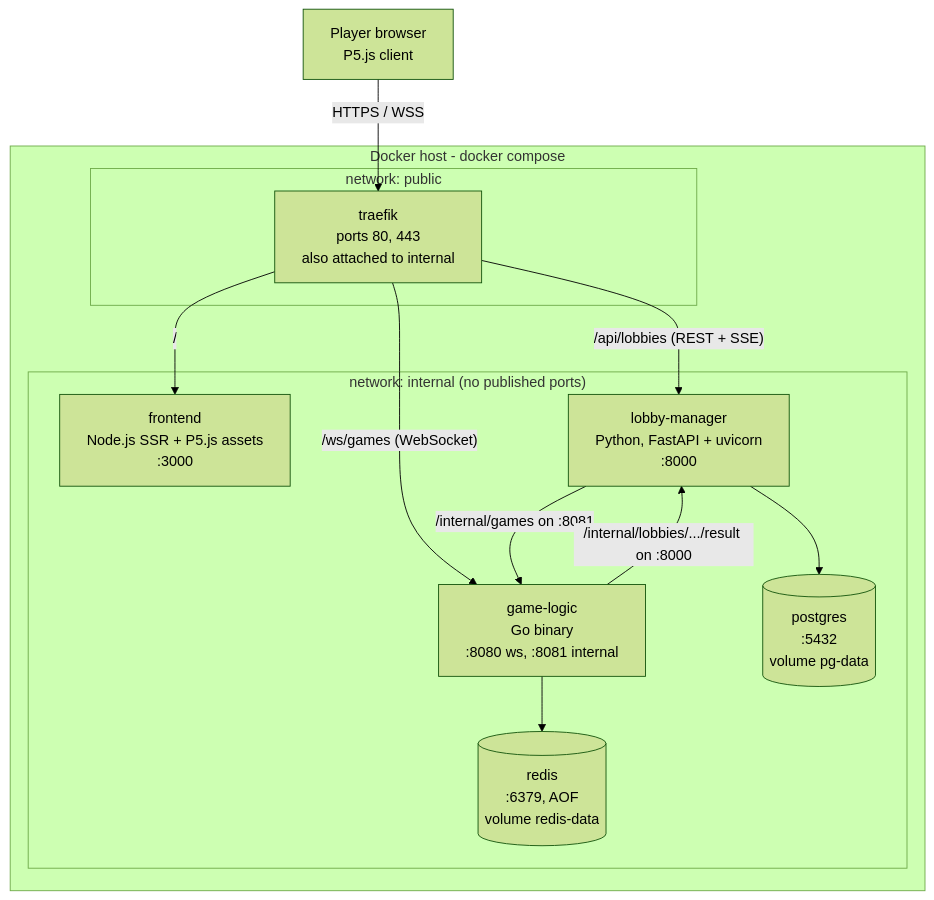
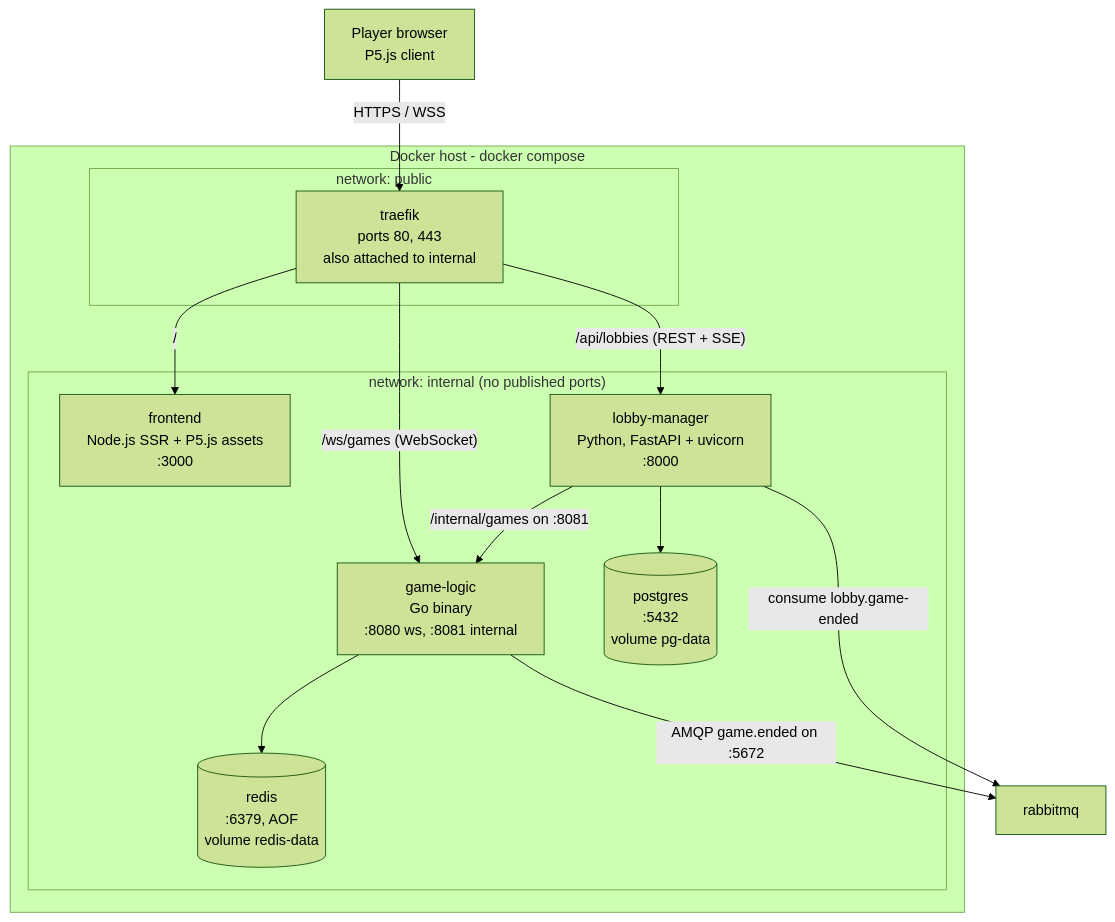
Before and after one commit to soetgdeznsgk/ArchSoft-Group1F: the seventh of 7 diagrams in docs/game-logic-design.md, drawn with Mermaid (forest theme). The commit also changed other lines of this file and 33 other files, not shown here.

First line of the commit message:
Publish game results on RabbitMQ to remove the Lobby <-> Game Logic cycle

````diff
--- a/docs/game-logic-design.md
+++ b/docs/game-logic-design.md
@@ -911,26 +916,27 @@
 ```mermaid
 flowchart TB
     U["Player browser<br/>P5.js client"]
 
     subgraph HOST["Docker host - docker compose"]
         subgraph PUB["network: public"]
             TR["traefik<br/>ports 80, 443<br/>also attached to internal"]
         end
         subgraph INT["network: internal (no published ports)"]
             FE["frontend<br/>Node.js SSR + P5.js assets<br/>:3000"]
             LM["lobby-manager<br/>Python, FastAPI + uvicorn<br/>:8000"]
             GL["game-logic<br/>Go binary<br/>:8080 ws, :8081 internal"]
             PG[("postgres<br/>:5432<br/>volume pg-data")]
             RD[("redis<br/>:6379, AOF<br/>volume redis-data")]
         end
     end
 
     U -->|"HTTPS / WSS"| TR
     TR -->|"/"| FE
     TR -->|"/api/lobbies (REST + SSE)"| LM
     TR -->|"/ws/games (WebSocket)"| GL
     LM -->|"/internal/games on :8081"| GL
-    GL -->|"/internal/lobbies/.../result on :8000"| LM
+    GL -->|"AMQP game.ended on :5672"| MQ["rabbitmq"]
+    LM -->|"consume lobby.game-ended"| MQ
     LM --> PG
     GL --> RD
 ```
````
